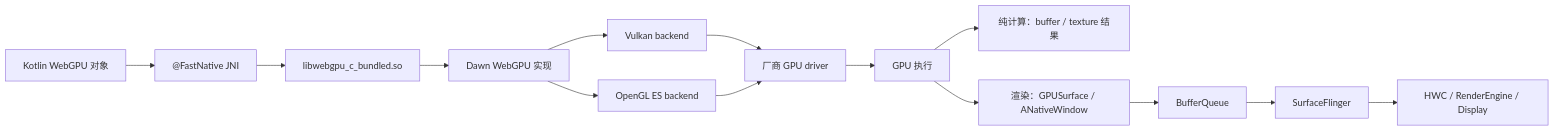
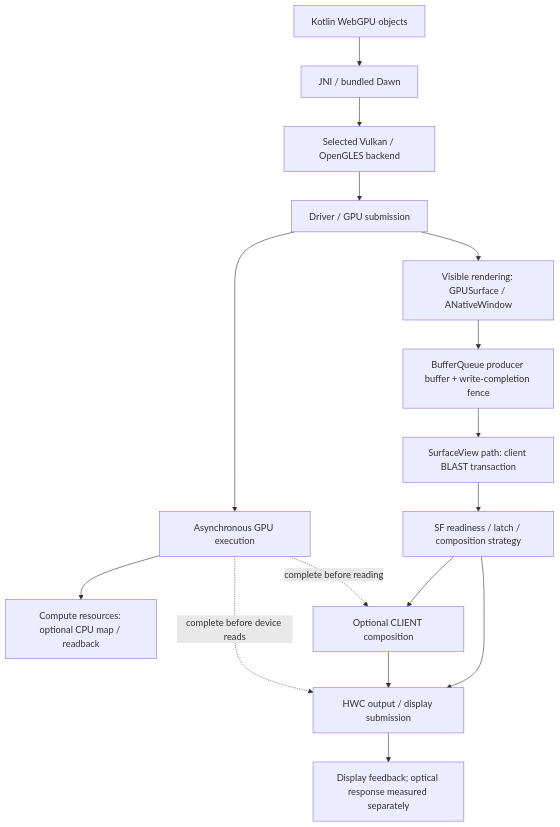
The first of 2 diagrams in src/part2-performance/ch13-rendering-pipelines/14-webgpu-android-pipeline.md (Gracker/android-internals-wiki), drawn with Mermaid before and after one commit. The commit also changed other lines of this file and 196 other files, not shown here.

````diff
--- a/src/part2-performance/ch13-rendering-pipelines/14-webgpu-android-pipeline.md
+++ b/src/part2-performance/ch13-rendering-pipelines/14-webgpu-android-pipeline.md
@@ -214,16 +226,18 @@
 ```mermaid
-flowchart LR
-    APP["Kotlin WebGPU 对象"] --> JNI["@FastNative JNI"]
-    JNI --> SO["libwebgpu_c_bundled.so"]
-    SO --> DAWN["Dawn WebGPU 实现"]
-    DAWN --> VK["Vulkan backend"]
-    DAWN --> GL["OpenGL ES backend"]
-    VK --> DRV["厂商 GPU driver"]
-    GL --> DRV
-    DRV --> GPU["GPU 执行"]
-    GPU --> COMPUTE["纯计算：buffer / texture 结果"]
-    GPU --> WSI["渲染：GPUSurface / ANativeWindow"]
-    WSI --> BQ["BufferQueue"]
-    BQ --> SF["SurfaceFlinger"]
-    SF --> DISP["HWC / RenderEngine / Display"]
+flowchart TD
+    APP["Kotlin WebGPU objects"] --> JNI["JNI / bundled Dawn"]
+    JNI --> BACK["Selected Vulkan / OpenGLES backend"]
+    BACK --> SUB["Driver / GPU submission"]
+    SUB --> GPU["Asynchronous GPU execution"]
+    GPU --> COMPUTE["Compute resources: optional CPU map / readback"]
+    SUB --> WSI["Visible rendering: GPUSurface / ANativeWindow"]
+    WSI --> BQ["BufferQueue producer buffer + write-completion fence"]
+    BQ --> BLAST["SurfaceView path: client BLAST transaction"]
+    BLAST --> SF["SF readiness / latch / composition strategy"]
+    SF --> RE["Optional CLIENT composition"]
+    SF --> HWC["HWC output / display submission"]
+    RE --> HWC
+    GPU -. complete before reading .-> RE
+    GPU -. complete before device reads .-> HWC
+    HWC --> DISP["Display feedback; optical response measured separately"]
 ```
````
